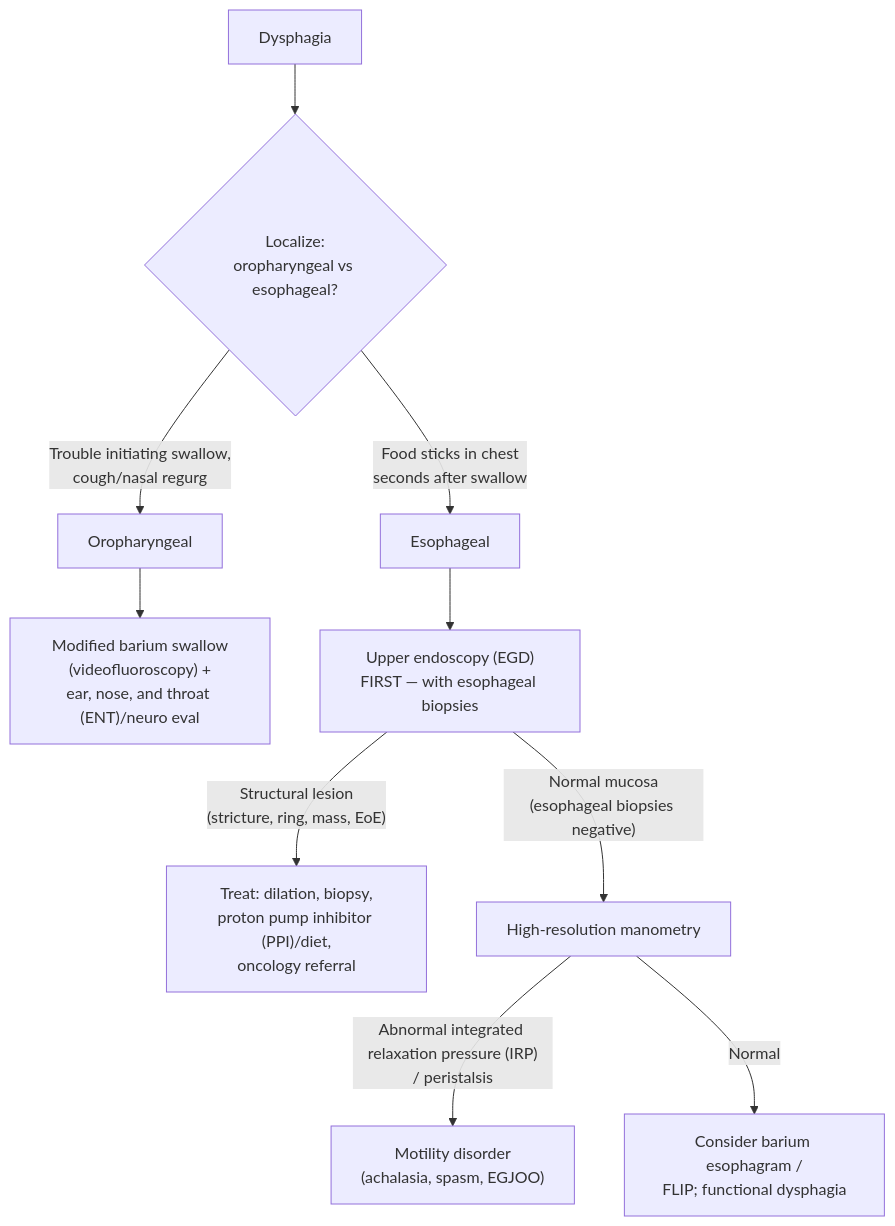
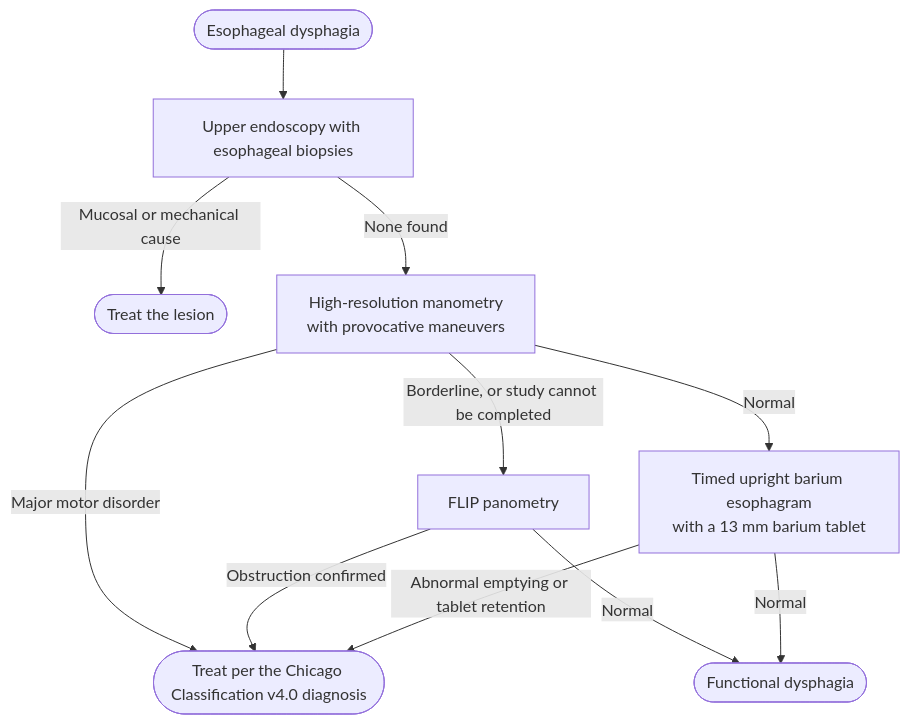
One commit to KHNickLeMD/KHNL-GI-Wiki changed the diagram in KHNL-GI-Wiki/wiki/2-diagnostic-schemas/dysphagia.md. Above: the diagram before and after it, drawn with Mermaid. The commit also changed other lines of this file and 12 other files, not shown here.

````diff
--- a/KHNL-GI-Wiki/wiki/2-diagnostic-schemas/dysphagia.md
+++ b/KHNL-GI-Wiki/wiki/2-diagnostic-schemas/dysphagia.md
@@ -94,12 +105,17 @@
 ```mermaid
 flowchart TD
-    A["Dysphagia"] --> B{"Localize:<br/>oropharyngeal vs esophageal?"}
-    B -->|"Trouble initiating swallow,<br/>cough/nasal regurg"| C["Oropharyngeal"]
-    B -->|"Food sticks in chest<br/>seconds after swallow"| D["Esophageal"]
-    C --> E["Modified barium swallow<br/>(videofluoroscopy) +<br/>ear, nose, and throat (ENT)/neuro eval"]
-    D --> F["Upper endoscopy (EGD)<br/>FIRST — with esophageal biopsies"]
-    F -->|"Structural lesion<br/>(stricture, ring, mass, EoE)"| G["Treat: dilation, biopsy,<br/>proton pump inhibitor (PPI)/diet,<br/>oncology referral"]
-    F -->|"Normal mucosa<br/>(esophageal biopsies negative)"| H["High-resolution manometry"]
-    H -->|"Abnormal integrated relaxation pressure (IRP)<br/>/ peristalsis"| I["Motility disorder<br/>(achalasia, spasm, EGJOO)"]
-    H -->|"Normal"| J["Consider barium esophagram /<br/>FLIP; functional dysphagia"]
+    A(["Esophageal dysphagia"]) --> B["Upper endoscopy with esophageal biopsies"]
+    B -- "Mucosal or mechanical cause" --> C(["Treat the lesion"])
+    B -- "None found" --> D["High-resolution manometry<br/>with provocative maneuvers"]
+    D -- "Major motor disorder" --> E(["Treat per the Chicago Classification v4.0 diagnosis"])
+    D -- "Borderline, or study cannot be completed" --> F["FLIP panometry"]
+    D -- "Normal" --> G["Timed upright barium esophagram<br/>with a 13 mm barium tablet"]
+    F -- "Obstruction confirmed" --> E
+    F -- "Normal" --> H(["Functional dysphagia"])
+    G -- "Abnormal emptying or tablet retention" --> E
+    G -- "Normal" --> H
+    class A start
+    class B,D,F,G test
+    class C,E act
+    class H stop
 ```
````
